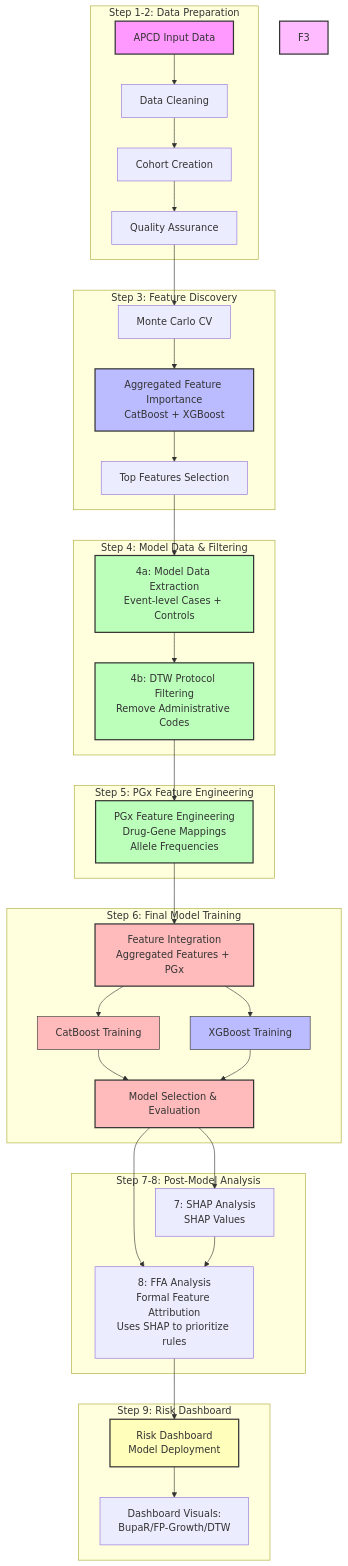
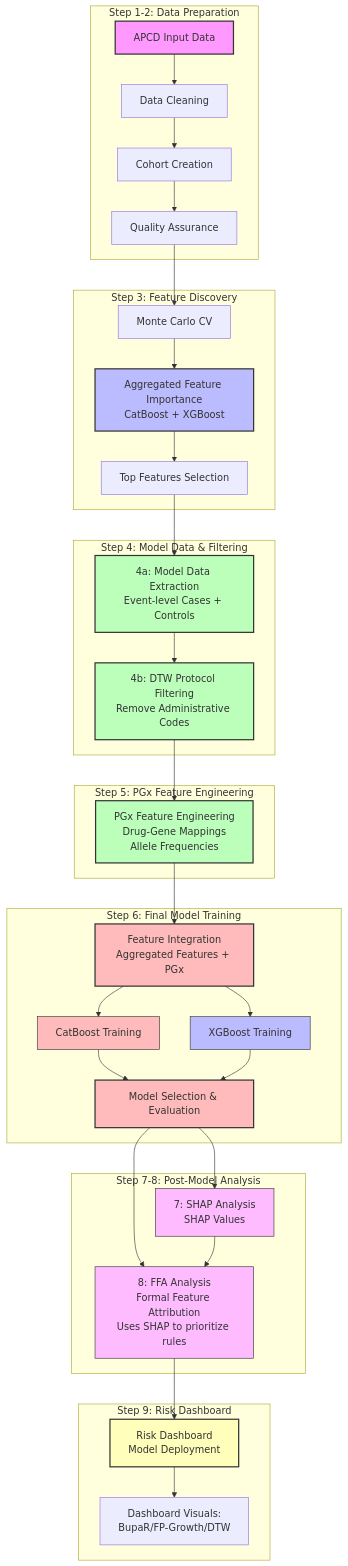
One commit to Jerome3590/pgx-analysis changed the diagram in README.md. Above: the diagram before and after it, drawn with Mermaid.

Commit message:
Fix orphaned F3 node in mermaid flowchart
- Remove orphaned F3 style reference (node doesn't exist in flowchart)
- Add proper styling for F1 (SHAP Analysis) and F2 (FFA Analysis) nodes

````diff
--- a/README.md
+++ b/README.md
@@ -109,54 +109,55 @@
 ```mermaid
 flowchart TD
     subgraph "Step 1-2: Data Preparation"
         A1[APCD Input Data] --> A2[Data Cleaning]
         A2 --> A3[Cohort Creation]
         A3 --> A4[Quality Assurance]
     end
     
     subgraph "Step 3: Feature Discovery"
         A4 --> B1[Monte Carlo CV]
         B1 --> B2[Aggregated Feature Importance<br/>CatBoost + XGBoost]
         B2 --> B3[Top Features Selection]
     end
     
     subgraph "Step 4: Model Data & Filtering"
         B3 --> C1[4a: Model Data Extraction<br/>Event-level Cases + Controls]
         C1 --> C2[4b: DTW Protocol Filtering<br/>Remove Administrative Codes]
     end
     
     subgraph "Step 5: PGx Feature Engineering"
         C2 --> D1[PGx Feature Engineering<br/>Drug-Gene Mappings<br/>Allele Frequencies]
     end
     
     subgraph "Step 6: Final Model Training"
         D1 --> E1[Feature Integration<br/>Aggregated Features + PGx]
         E1 --> E2[CatBoost Training]
         E1 --> E3[XGBoost Training]
         E2 --> E4[Model Selection & Evaluation]
         E3 --> E4
     end
     
     subgraph "Step 7-8: Post-Model Analysis"
         E4 --> F1[7: SHAP Analysis<br/>SHAP Values]
         E4 --> F2[8: FFA Analysis<br/>Formal Feature Attribution<br/>Uses SHAP to prioritize rules]
         F1 --> F2
     end
     
     subgraph "Step 9: Risk Dashboard"
         F2 --> G1[Risk Dashboard<br/>Model Deployment]
         G1 --> G2[Dashboard Visuals:<br/>BupaR/FP-Growth/DTW]
     end
     
     style A1 fill:#f9f,stroke:#333,stroke-width:2px
     style B2 fill:#bbf,stroke:#333,stroke-width:2px
     style C1 fill:#bfb,stroke:#333,stroke-width:2px
     style C2 fill:#bfb,stroke:#333,stroke-width:2px
     style D1 fill:#bfb,stroke:#333,stroke-width:2px
     style E1 fill:#fbb,stroke:#333,stroke-width:2px
     style E2 fill:#fbb,stroke:#333,stroke-width:2px    %% CatBoost
     style E3 fill:#bbf,stroke:#333,stroke-width:2px    %% XGBoost
     style E4 fill:#fbb,stroke:#333,stroke-width:2px
-    style F3 fill:#fbf,stroke:#333,stroke-width:2px
+    style F1 fill:#fbf,stroke:#333,stroke-width:2px    %% SHAP Analysis
+    style F2 fill:#fbf,stroke:#333,stroke-width:2px    %% FFA Analysis
     style G1 fill:#ffb,stroke:#333,stroke-width:2px
 ```
````
